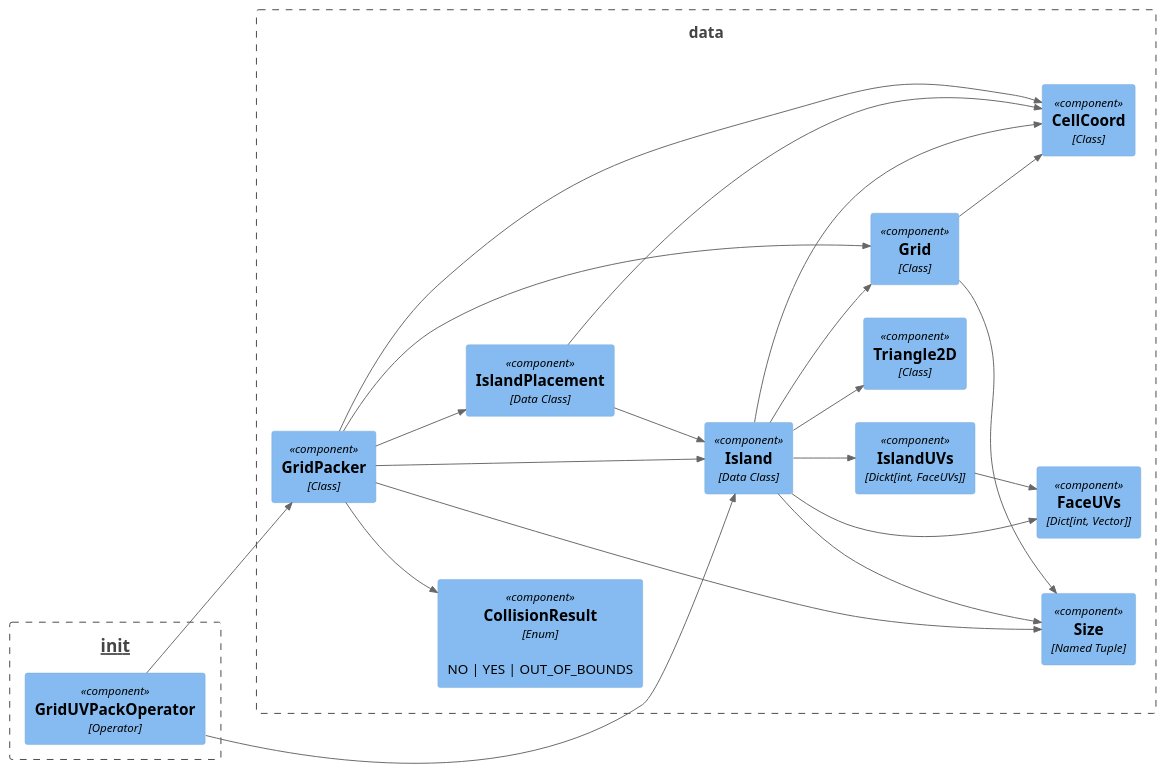
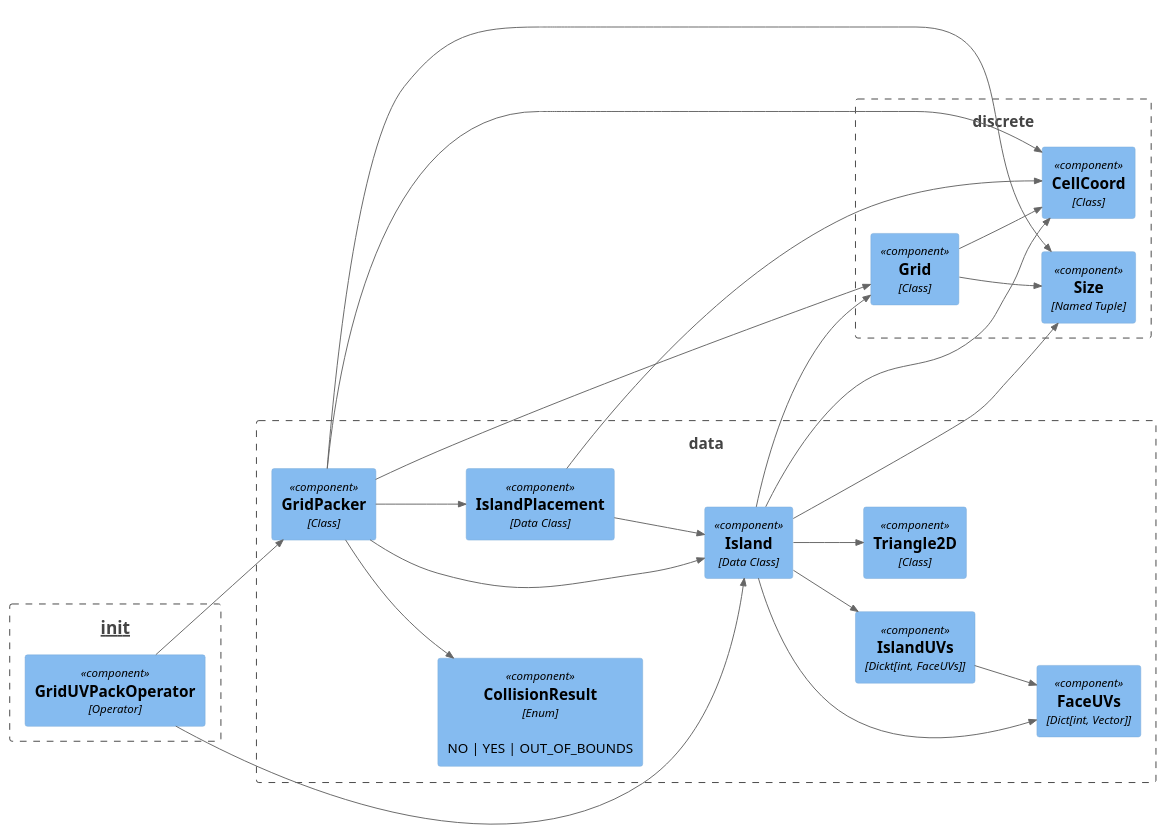
The diagram in doc/arch/Component_Diagram.plantuml (muhuk/grid-uv-packer), drawn with PlantUML before and after one commit. The commit also changed 3 other files, not shown here.

Commit message:
Separate discrete space classes into separate module.

```diff
--- a/doc/arch/Component_Diagram.plantuml
+++ b/doc/arch/Component_Diagram.plantuml
@@ -1,46 +1,52 @@
 @startuml Component_Diagram
 !include ../c4/C4_Component.puml
 LAYOUT_LEFT_RIGHT()
 
 Boundary(moduleInit, "__init__") {
-Component(gridUvPackOperator, "GridUVPackOperator", "Operator")
+  Component(gridUvPackOperator, "GridUVPackOperator", "Operator")
 }
 
 Boundary(moduleData, "data") {
   Component(collisionResult, "CollisionResult", "Enum", "NO | YES | OUT_OF_BOUNDS")
   Component(faceUvs, "FaceUVs", "Dict[int, Vector]")
   Component(islandUvs, "IslandUVs", "Dickt[int, FaceUVs]")
-  Component(cellCoord, "CellCoord", "Class")
-  Component(grid, "Grid", "Class")
   Component(gridPacker, "GridPacker", "Class")
   Component(island, "Island", "Data Class")
   Component(islandPlacement, "IslandPlacement", "Data Class")
-  Component(size, "Size", "Named Tuple")
   Component(triangle2d, "Triangle2D", "Class")
 
   Rel(islandUvs, faceUvs, " ")
-  
+
+  Rel(gridPacker, collisionResult, " ")
+  Rel(gridPacker, island, " ")
+  Rel(gridPacker, islandPlacement, " ")
+
+  Rel(island, faceUvs, " ")
+  Rel(island, islandUvs, " ")
+  Rel(island, triangle2d, " ")
+
+  Rel(islandPlacement, island, " ")
+}
+
+Boundary(moduleDiscrete, "discrete") {
+  Component(cellCoord, "CellCoord", "Class")
+  Component(grid, "Grid", "Class")
+  Component(size, "Size", "Named Tuple")
+
   Rel(grid, cellCoord, " ")
   Rel(grid, size, " ")
-
-  Rel(gridPacker, cellCoord, " ")
-  Rel(gridPacker, collisionResult, " ")
-  Rel(gridPacker, grid, " ")
-  Rel(gridPacker, island, " ")
-  Rel(gridPacker, islandPlacement, " ")
-  Rel(gridPacker, size, " ")
-
-  Rel(island, cellCoord, " ")
-  Rel(island, faceUvs, " ")
-  Rel(island, grid, " ")
-  Rel(island, islandUvs, " ")
-  Rel(island, size, " ")
-  Rel(island, triangle2d, " ")
-
-  Rel(islandPlacement, cellCoord, " ")
-  Rel(islandPlacement, island, " ")
 }
 
 Rel(gridUvPackOperator, gridPacker, " ")
 Rel(gridUvPackOperator, island, " ")
+
+Rel(gridPacker, cellCoord, " ")
+Rel(gridPacker, grid, " ")
+Rel(gridPacker, size, " ")
+
+Rel(island, cellCoord, " ")
+Rel(island, grid, " ")
+Rel(island, size, " ")
+
+Rel(islandPlacement, cellCoord, " ")
 @enduml
```
